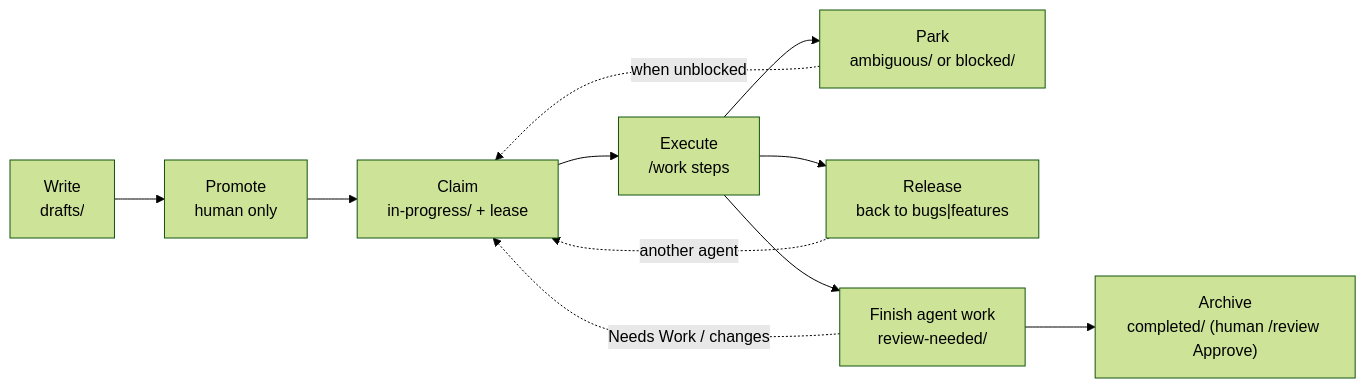
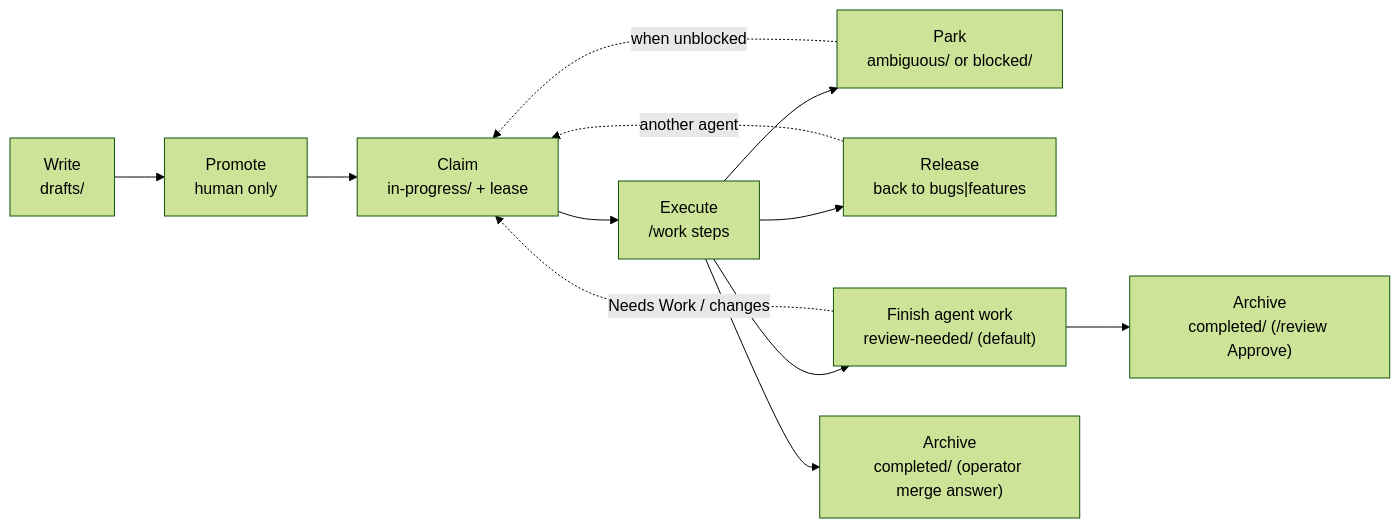
One commit to carefreeinv/anchor changed the second of 2 diagrams in docs/docs/skills/work.md. Above: the diagram before and after it, drawn with Mermaid (forest theme). The commit also changed other lines of this file and 5 other files, not shown here.

````diff
--- a/docs/docs/skills/work.md
+++ b/docs/docs/skills/work.md
@@ -105,22 +110,24 @@
 ```mermaid
 flowchart LR
   write["Write<br/>drafts/"]
   promote["Promote<br/>human only"]
   claim["Claim<br/>in-progress/ + lease"]
   exec["Execute<br/>/work steps"]
   park["Park<br/>ambiguous/ or blocked/"]
   release["Release<br/>back to bugs|features"]
-  review["Finish agent work<br/>review-needed/"]
-  finish["Archive<br/>completed/ (human /review Approve)"]
+  review["Finish agent work<br/>review-needed/ (default)"]
+  finish["Archive<br/>completed/ (/review Approve)"]
+  mergeDone["Archive<br/>completed/ (operator merge answer)"]
 
   write --> promote
   promote --> claim
   claim --> exec
   exec --> review
+  exec --> mergeDone
   exec --> park
   exec --> release
   review --> finish
   review -.->|"Needs Work / changes"| claim
   park -.->|"when unblocked"| claim
   release -.->|"another agent"| claim
 ```
````
